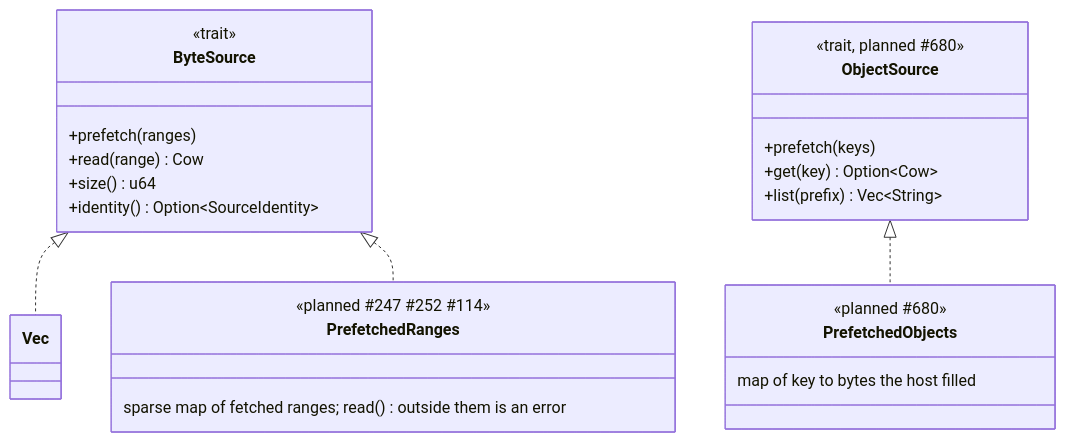
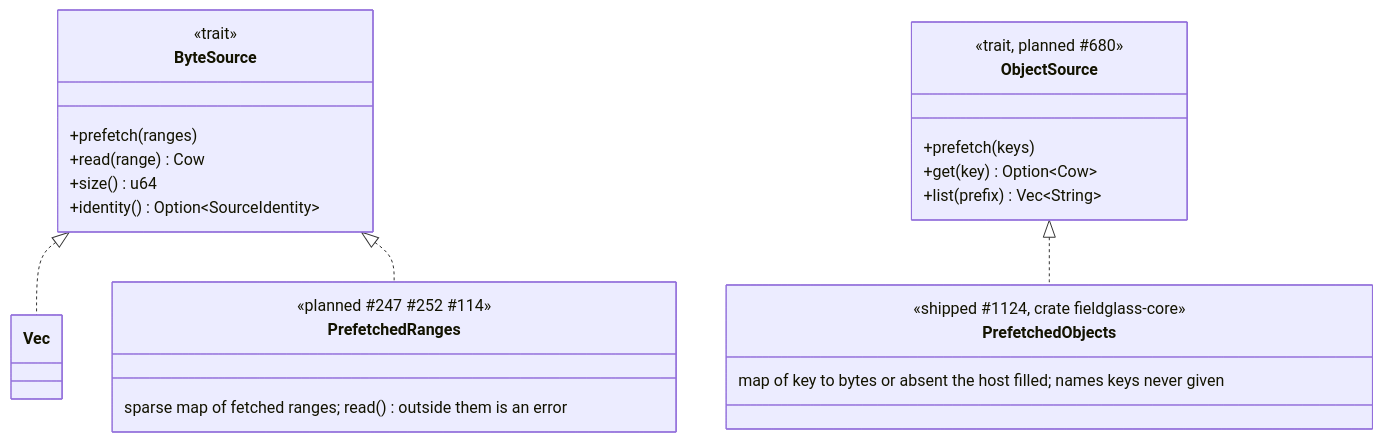
The third of 6 diagrams in docs/architecture/planned/02-trait-seams.md (D0ubleD0uble/fieldglass), drawn with Mermaid before and after one commit. The commit also changed 6 other files, not shown here.

First line of the commit message:
feat(fieldglass-core): a prefetched-objects source that names keys it was never given

````diff
--- a/docs/architecture/planned/02-trait-seams.md
+++ b/docs/architecture/planned/02-trait-seams.md
@@ -204,27 +204,27 @@
 ```mermaid
 classDiagram
     class ByteSource {
         <<trait>>
         +prefetch(ranges)
         +read(range) Cow
         +size() u64
         +identity() Option~SourceIdentity~
     }
     class ObjectSource {
         <<trait, planned #680>>
         +prefetch(keys)
         +get(key) Option~Cow~
         +list(prefix) Vec~String~
     }
     class PrefetchedRanges {
         <<planned #247 #252 #114>>
         sparse map of fetched ranges; read() outside them is an error
     }
     class PrefetchedObjects {
-        <<planned #680>>
-        map of key to bytes the host filled
+        <<shipped #1124, crate fieldglass-core>>
+        map of key to bytes or absent the host filled; names keys never given
     }
     ByteSource <|.. Vec
     ByteSource <|.. PrefetchedRanges
     ObjectSource <|.. PrefetchedObjects
 ```
````
